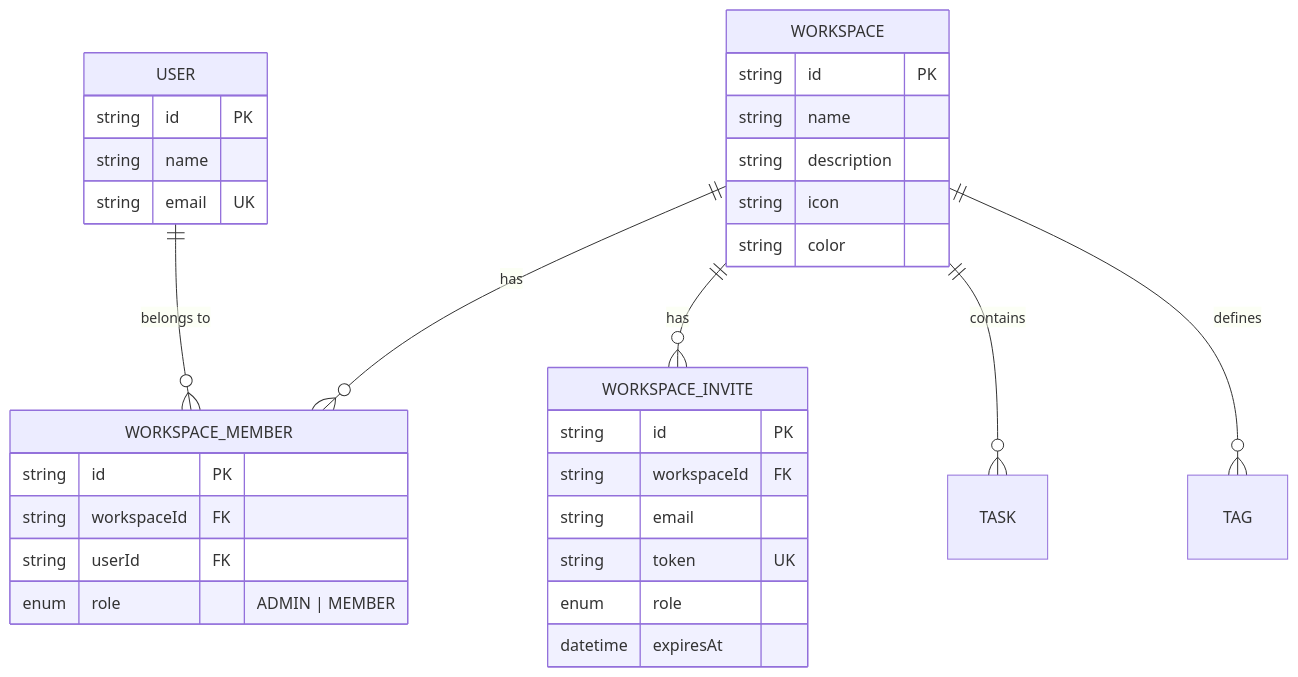
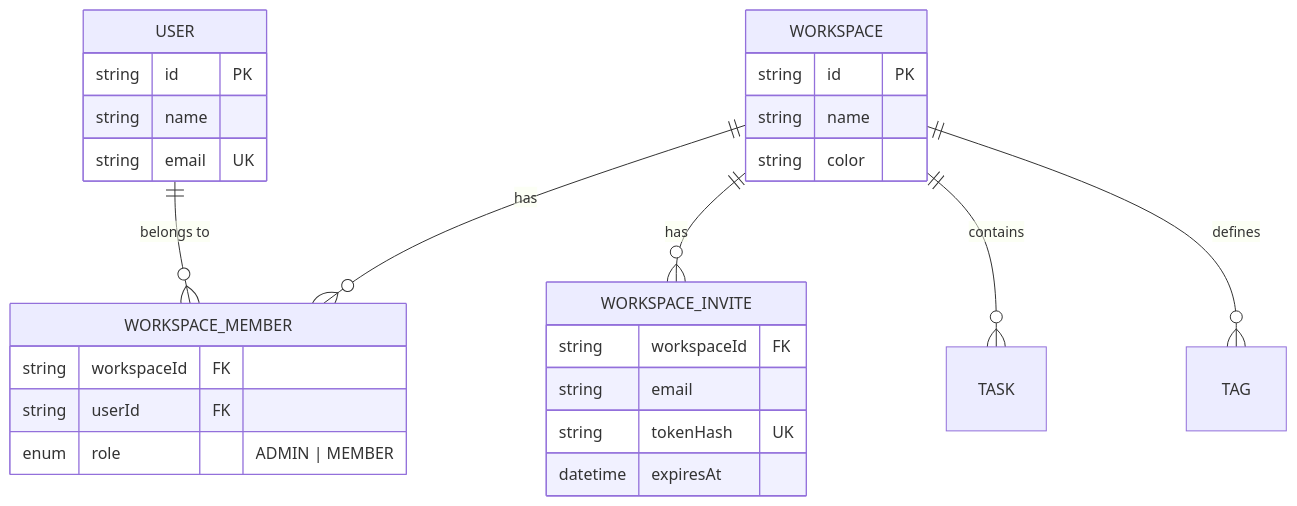
Before and after one commit to felipefontoura/spec-driven-development-book: the eighth of 15 diagrams in BOOK.en.md, drawn with Mermaid. The commit also changed other lines of this file and 4 other files, not shown here.

````diff
--- a/BOOK.en.md
+++ b/BOOK.en.md
@@ -1134,38 +1505,30 @@
 ```mermaid
 erDiagram
     USER ||--o{ WORKSPACE_MEMBER : "belongs to"
     WORKSPACE ||--o{ WORKSPACE_MEMBER : "has"
     WORKSPACE ||--o{ WORKSPACE_INVITE : "has"
     WORKSPACE ||--o{ TASK : "contains"
     WORKSPACE ||--o{ TAG : "defines"
 
     USER {
         string id PK
         string name
         string email UK
     }
-
     WORKSPACE {
         string id PK
         string name
-        string description
-        string icon
         string color
     }
-
     WORKSPACE_MEMBER {
-        string id PK
         string workspaceId FK
         string userId FK
         enum role "ADMIN | MEMBER"
     }
-
     WORKSPACE_INVITE {
-        string id PK
         string workspaceId FK
         string email
-        string token UK
-        enum role
+        string tokenHash UK
         datetime expiresAt
     }
 ```
````
